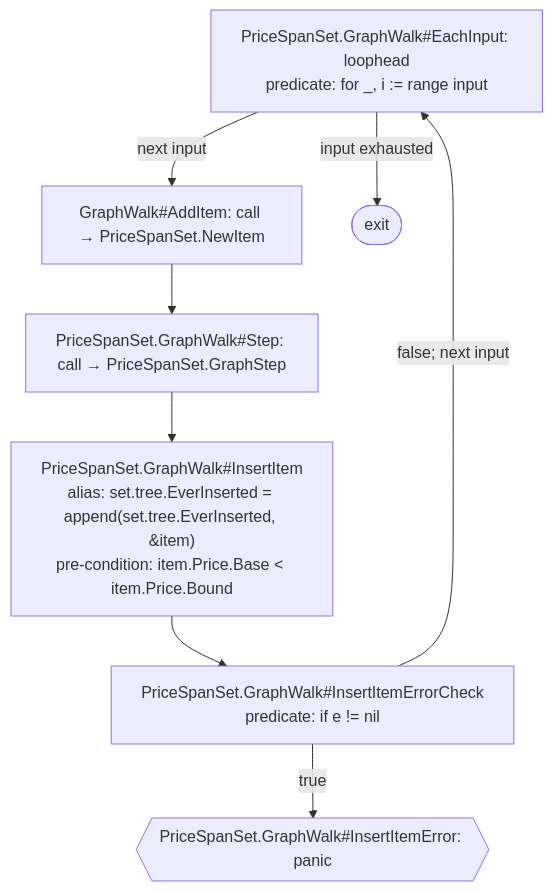
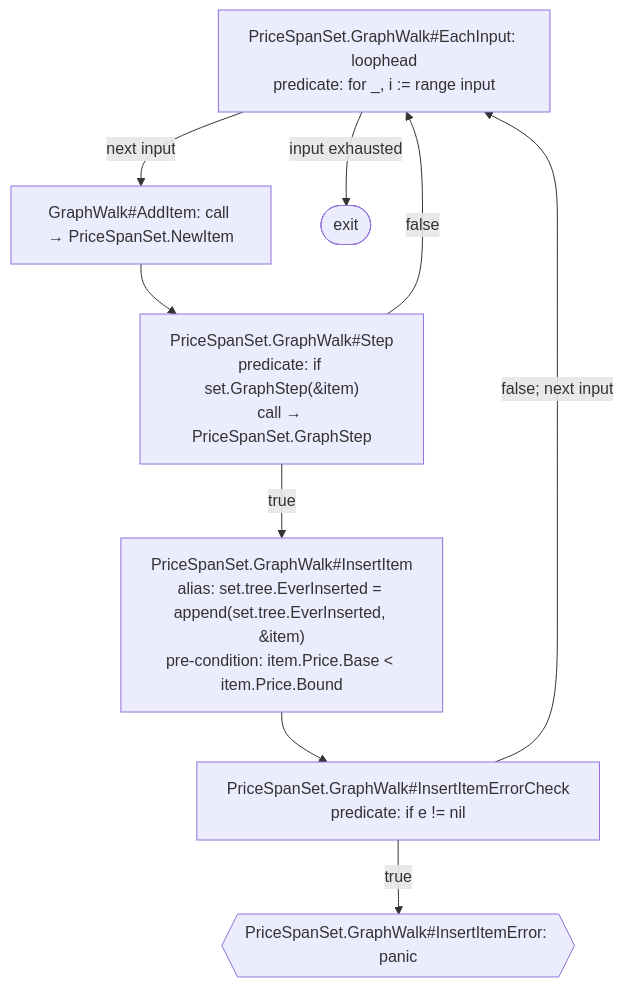
Diagram 13 of 15 in model/doc/dag.cfg.md (byron-hawkins/profit-triplet), drawn with Mermaid before and after one commit. The commit also changed other lines of this file and 7 other files, not shown here.

````diff
--- a/model/doc/dag.cfg.md
+++ b/model/doc/dag.cfg.md
@@ -129,15 +146,17 @@
 ```mermaid
 flowchart TD
     W1["PriceSpanSet.GraphWalk#EachInput: loophead<br/>predicate: for _, i := range input"]
     W2["GraphWalk#AddItem: call → PriceSpanSet.NewItem"]
-    W3["PriceSpanSet.GraphWalk#Step: call → PriceSpanSet.GraphStep"]
+    W3["PriceSpanSet.GraphWalk#Step<br/>predicate: if set.GraphStep(&amp;item)<br/>call → PriceSpanSet.GraphStep"]
     W4["PriceSpanSet.GraphWalk#InsertItem<br/>alias: set.tree.EverInserted = append(set.tree.EverInserted, &amp;item)<br/>pre-condition: item.Price.Base &lt; item.Price.Bound"]
     W5["PriceSpanSet.GraphWalk#InsertItemErrorCheck<br/>predicate: if e != nil"]
     WPanic{{"PriceSpanSet.GraphWalk#InsertItemError: panic"}}
     WExit(["exit"])
 
-    W1 -->|next input| W2 --> W3 --> W4 --> W5
+    W1 -->|next input| W2 --> W3
+    W3 -->|true| W4 --> W5
+    W3 -->|false| W1
     W5 -->|true| WPanic
     W5 -->|false; next input| W1
     W1 -->|input exhausted| WExit
 ```
````
